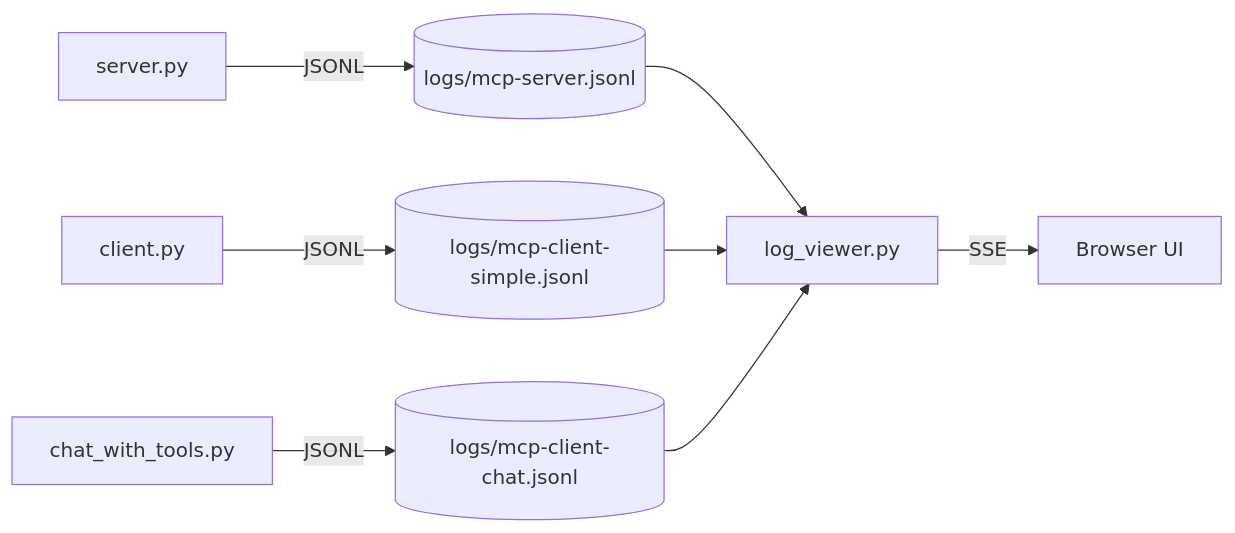
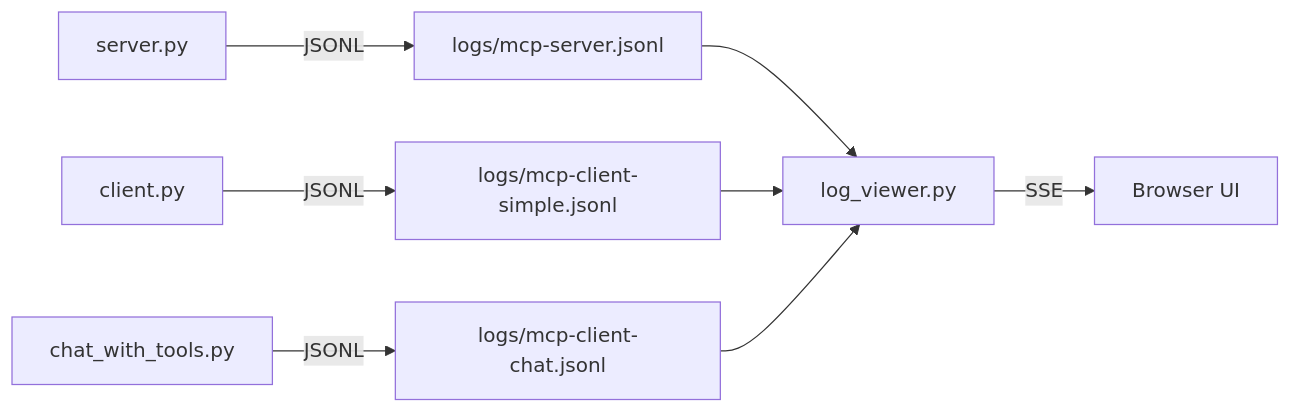
One commit to deftio/mcp-server-client-explainer-with-logging changed the fifth of 6 diagrams in README.md. Above: the diagram before and after it, drawn with Mermaid. The commit also changed other lines of this file, not shown here.

Commit message:
fixed mmaid diagram add other model vendor support

````diff
--- a/README.md
+++ b/README.md
@@ -120,8 +120,8 @@
 ```mermaid
 flowchart LR
-  SRV[server.py] -->|JSONL| L1[(logs/mcp-server.jsonl)]
-  C1[client.py] -->|JSONL| L2[(logs/mcp-client-simple.jsonl)]
-  C2[chat_with_tools.py] -->|JSONL| L3[(logs/mcp-client-chat.jsonl)]
+  SRV[server.py] -->|JSONL| L1["logs/mcp-server.jsonl"]
+  C1[client.py] -->|JSONL| L2["logs/mcp-client-simple.jsonl"]
+  C2[chat_with_tools.py] -->|JSONL| L3["logs/mcp-client-chat.jsonl"]
   LV[log_viewer.py] -->|SSE| UI[Browser UI]
   L1 & L2 & L3 --> LV
 ```
````
